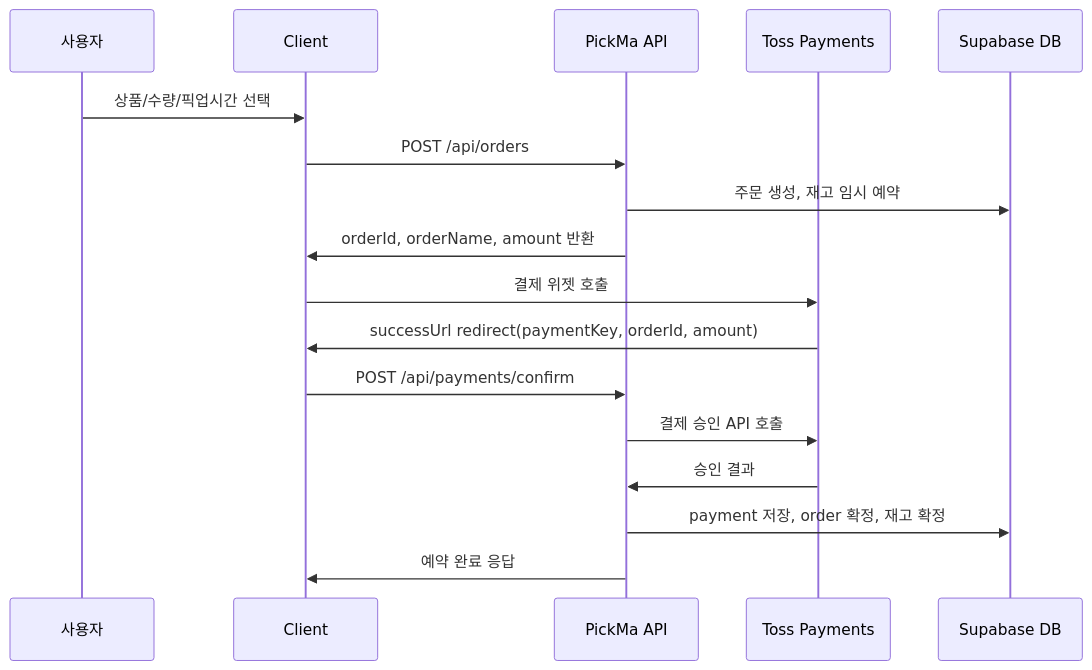
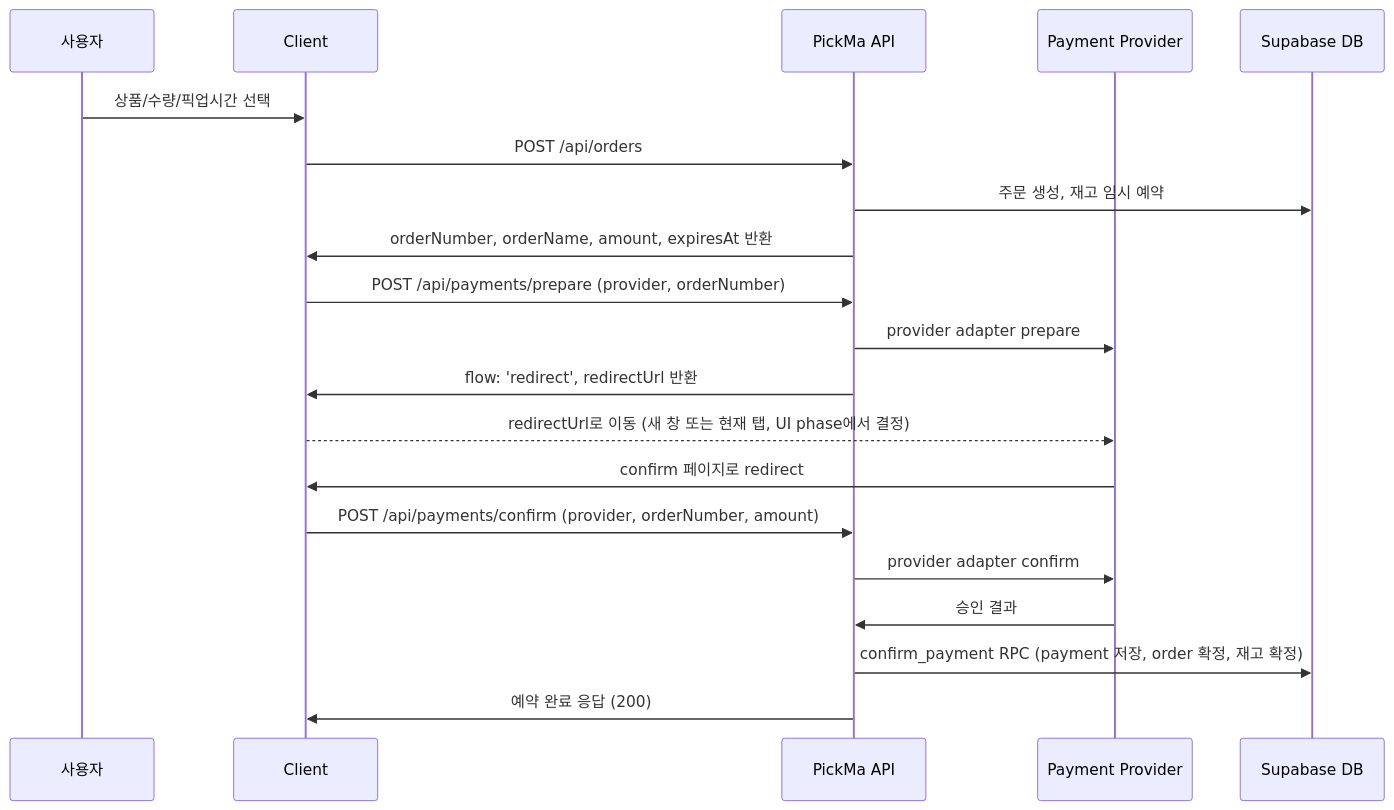
The diagram in docs/system_architecture.md (pickma-fe/pickma), drawn with Mermaid before and after one commit. The commit also changed other lines of this file and 5 other files, not shown here.

Commit message:
docs: payment provider 기반 결제 흐름으로 문서 정렬

````diff
--- a/docs/system_architecture.md
+++ b/docs/system_architecture.md
@@ -246,20 +246,23 @@
 ```mermaid
 sequenceDiagram
     participant U as 사용자
     participant C as Client
     participant A as PickMa API
-    participant T as Toss Payments
+    participant P as Payment Provider
     participant D as Supabase DB
 
     U->>C: 상품/수량/픽업시간 선택
     C->>A: POST /api/orders
     A->>D: 주문 생성, 재고 임시 예약
-    A->>C: orderId, orderName, amount 반환
-    C->>T: 결제 위젯 호출
-    T->>C: successUrl redirect(paymentKey, orderId, amount)
-    C->>A: POST /api/payments/confirm
-    A->>T: 결제 승인 API 호출
-    T->>A: 승인 결과
-    A->>D: payment 저장, order 확정, 재고 확정
-    A->>C: 예약 완료 응답
+    A->>C: orderNumber, orderName, amount, expiresAt 반환
+    C->>A: POST /api/payments/prepare (provider, orderNumber)
+    A->>P: provider adapter prepare
+    A->>C: flow: 'redirect', redirectUrl 반환
+    C-->>P: redirectUrl로 이동 (새 창 또는 현재 탭, UI phase에서 결정)
+    P->>C: confirm 페이지로 redirect
+    C->>A: POST /api/payments/confirm (provider, orderNumber, amount)
+    A->>P: provider adapter confirm
+    P->>A: 승인 결과
+    A->>D: confirm_payment RPC (payment 저장, order 확정, 재고 확정)
+    A->>C: 예약 완료 응답 (200)
 ```
````
